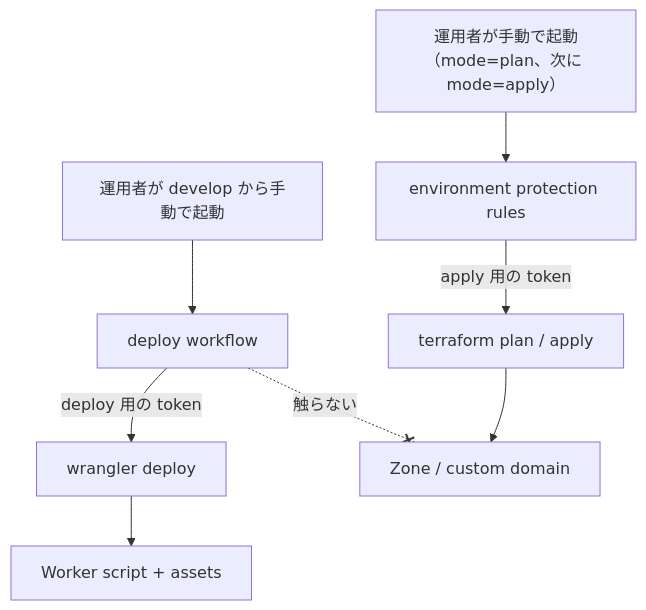
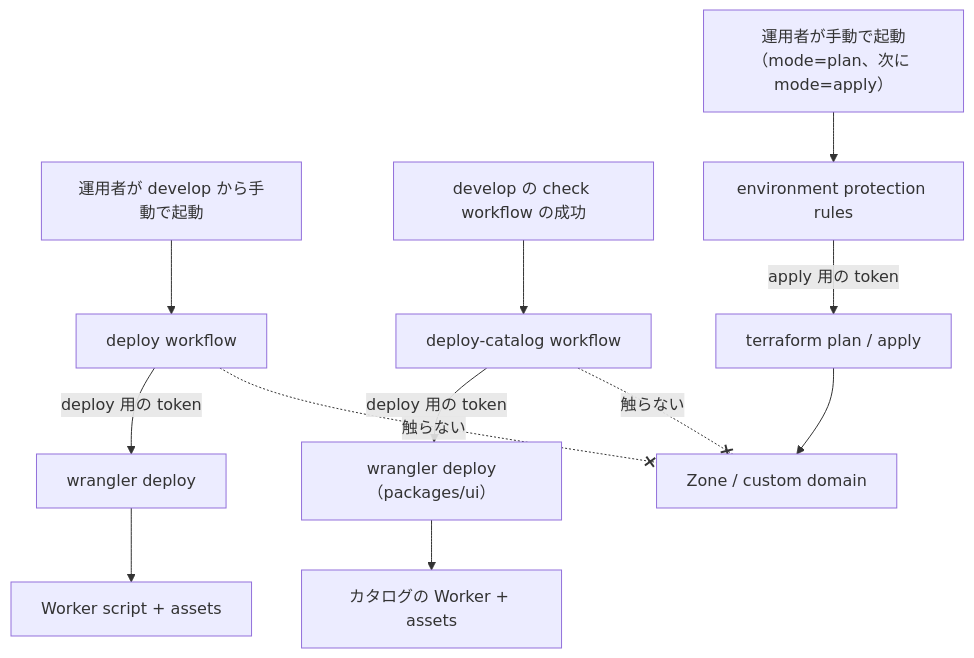
Before and after one commit to Fukuemon/fukuemon.dev: the diagram in infra/DesignDoc.md, drawn with Mermaid. The commit also changed other lines of this file and 7 other files, not shown here.

Commit message:
docs: context と基盤の文書に、packages/ui とカタログの Worker の事実を足す #43

````diff
--- a/infra/DesignDoc.md
+++ b/infra/DesignDoc.md
@@ -41,10 +42,14 @@
 ```mermaid
 flowchart TD
     dmanual["運用者が develop から手動で起動"] --> ci["deploy workflow"]
     ci -->|"deploy 用の token"| wd["wrangler deploy"]
     wd --> worker["Worker script + assets"]
+    check["develop の check workflow の成功"] --> cci["deploy-catalog workflow"]
+    cci -->|"deploy 用の token"| cwd["wrangler deploy（packages/ui）"]
+    cwd --> catalog["カタログの Worker + assets"]
     manual["運用者が手動で起動（mode=plan、次に mode=apply）"] --> env["environment protection rules"]
     env -->|"apply 用の token"| tf["terraform plan / apply"]
     tf --> base["Zone / custom domain"]
     ci -. "触らない" .-x base
+    cci -. "触らない" .-x base
 ```
````
